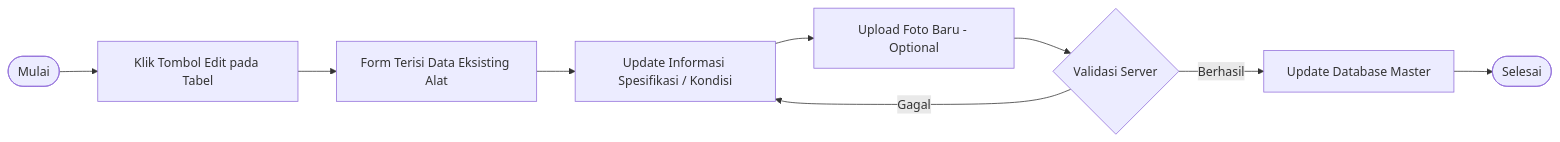
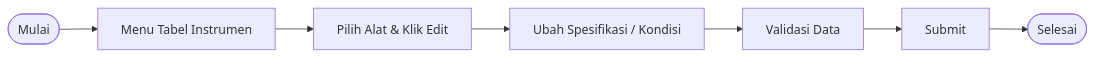
The fourth of 9 diagrams in bpm_workflow_level_list.md (ebenlimbong/pmn-kalibrasi), drawn with Mermaid before and after one commit. The commit also changed other lines of this file and 1 other file, not shown here.

Commit message:
docs: selaraskan format tabel rincian proses bisnis 100% persis dengan standar blueprint inalum

````diff
--- a/bpm_workflow_level_list.md
+++ b/bpm_workflow_level_list.md
@@ -91,11 +68,4 @@
 ```mermaid
 flowchart LR
-    A([Mulai]) --> B[Klik Tombol Edit pada Tabel]
-    B --> C[Form Terisi Data Eksisting Alat]
-    C --> D[Update Informasi Spesifikasi / Kondisi]
-    D --> E[Upload Foto Baru - Optional]
-    E --> F{Validasi Server}
-    F -->|Gagal| D
-    F -->|Berhasil| G[Update Database Master]
-    G --> H([Selesai])
+    A([Mulai]) --> B[Menu Tabel Instrumen] --> C[Pilih Alat & Klik Edit] --> D[Ubah Spesifikasi / Kondisi] --> E[Validasi Data] --> F[Submit] --> G([Selesai])
 ```
````
